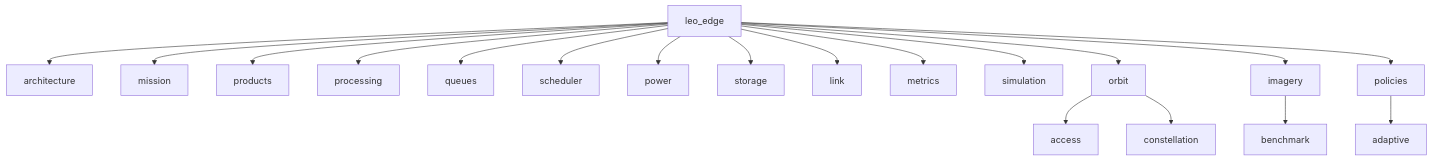
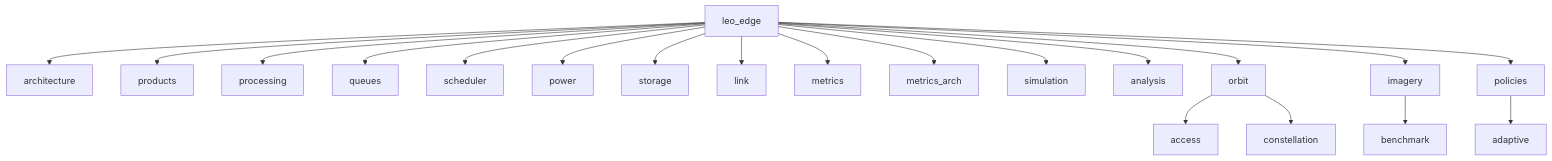
One commit to noahstephenson/leo-edge-architecture changed the sixth of 7 diagrams in docs/ARCHITECTURE_VIEWS.md. Above: the diagram before and after it, drawn with Mermaid. The commit also changed other lines of this file and 4 other files, not shown here.

````diff
--- a/docs/ARCHITECTURE_VIEWS.md
+++ b/docs/ARCHITECTURE_VIEWS.md
@@ -186,25 +188,26 @@
 ```mermaid
 graph TD
     core[leo_edge]
     core --> architecture
-    core --> mission
     core --> products
     core --> processing
     core --> queues
     core --> scheduler
     core --> power
     core --> storage
     core --> link
     core --> metrics
+    core --> metrics_arch
     core --> simulation
+    core --> analysis
 
     core --> orbit
     orbit --> access
     orbit --> constellation
 
     core --> imagery
     imagery --> benchmark
 
     core --> policies
     policies --> adaptive
 ```
````
